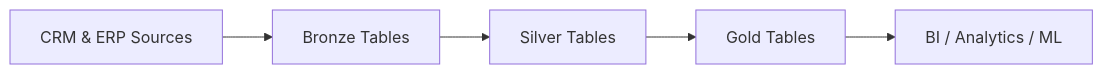
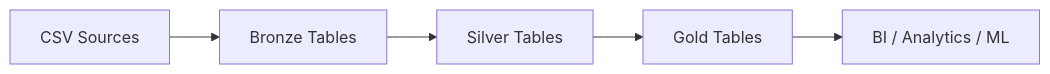
One commit to manjotkaurr31/DataWarehouse changed the diagram in README.md. Above: the diagram before and after it, drawn with Mermaid.

Commit message:
README.md

````diff
--- a/README.md
+++ b/README.md
@@ -114,7 +114,7 @@
 ```mermaid
 graph LR
-    A[CRM & ERP Sources] --> B[Bronze Tables]
+    A[CSV Sources] --> B[Bronze Tables]
     B --> C[Silver Tables]
     C --> D[Gold Tables]
     D --> E[BI / Analytics / ML]
 ```
````
